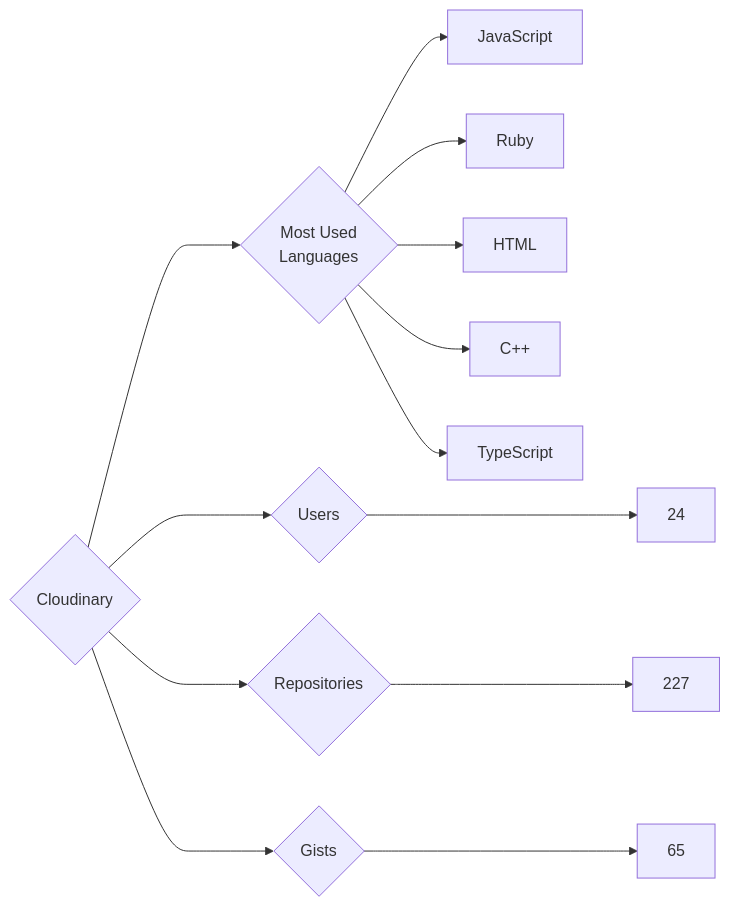
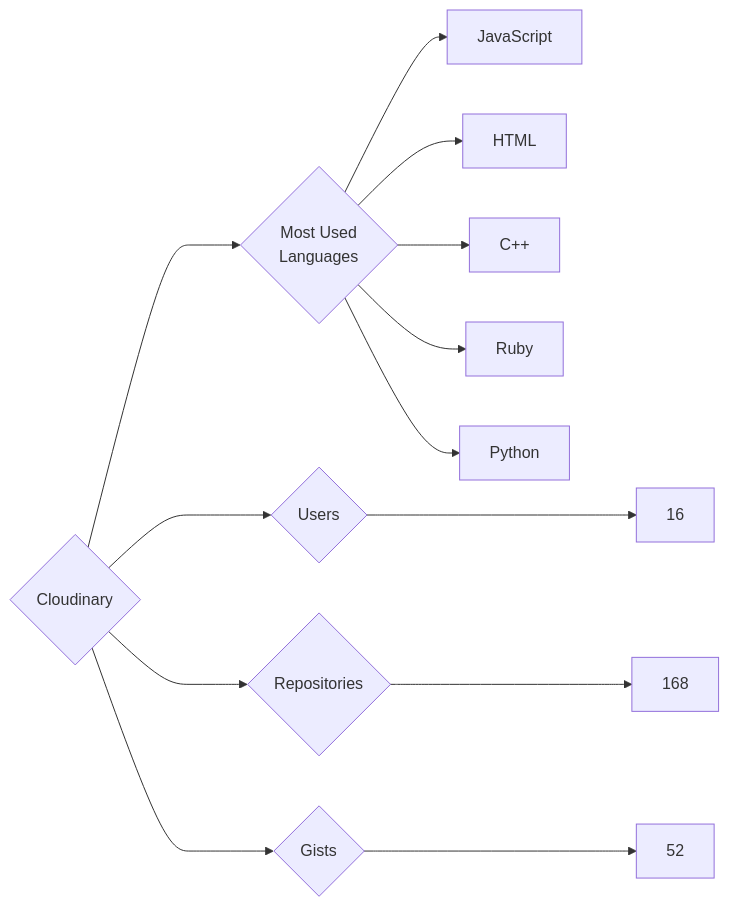
One commit to trickest/insiders changed the diagram in targets/Cloudinary/README.md. Above: the diagram before and after it, drawn with Mermaid. The commit also changed 748 other files, not shown here.

````diff
--- a/targets/Cloudinary/README.md
+++ b/targets/Cloudinary/README.md
@@ -3,13 +3,13 @@
 ```mermaid
 graph LR
 COMPANY_NAME{Cloudinary}
-COMPANY_NAME ---> U{Users} ---> UN[24]
-COMPANY_NAME ---> R{Repositories} ---> RN[227]
-COMPANY_NAME ---> G{Gists} ---> GN[65]
+COMPANY_NAME ---> U{Users} ---> UN[16]
+COMPANY_NAME ---> R{Repositories} ---> RN[168]
+COMPANY_NAME ---> G{Gists} ---> GN[52]
 COMPANY_NAME ---> ML{Most Used<br>Languages}
 ML --> JavaScript[JavaScript]
-ML --> Ruby[Ruby]
 ML --> HTML[HTML]
 ML --> C++[C++]
-ML --> TypeScript[TypeScript]
+ML --> Ruby[Ruby]
+ML --> Python[Python]
 ```
````
